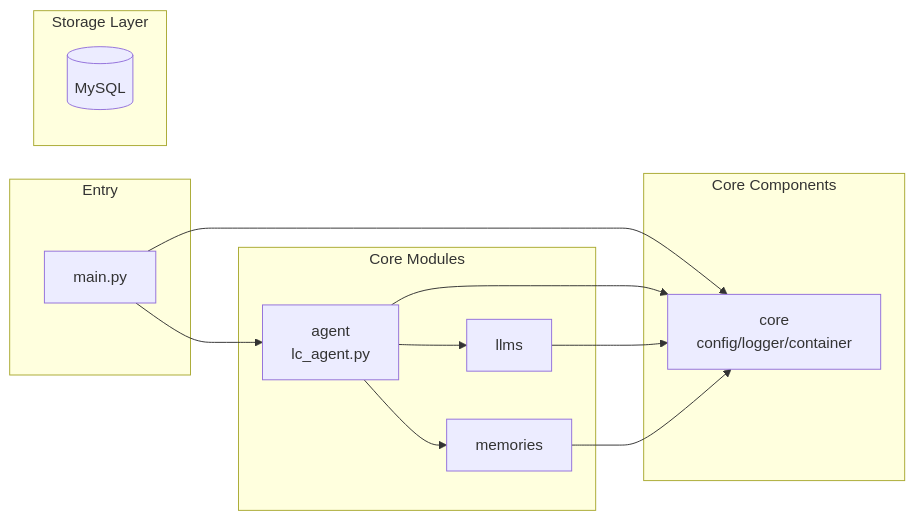
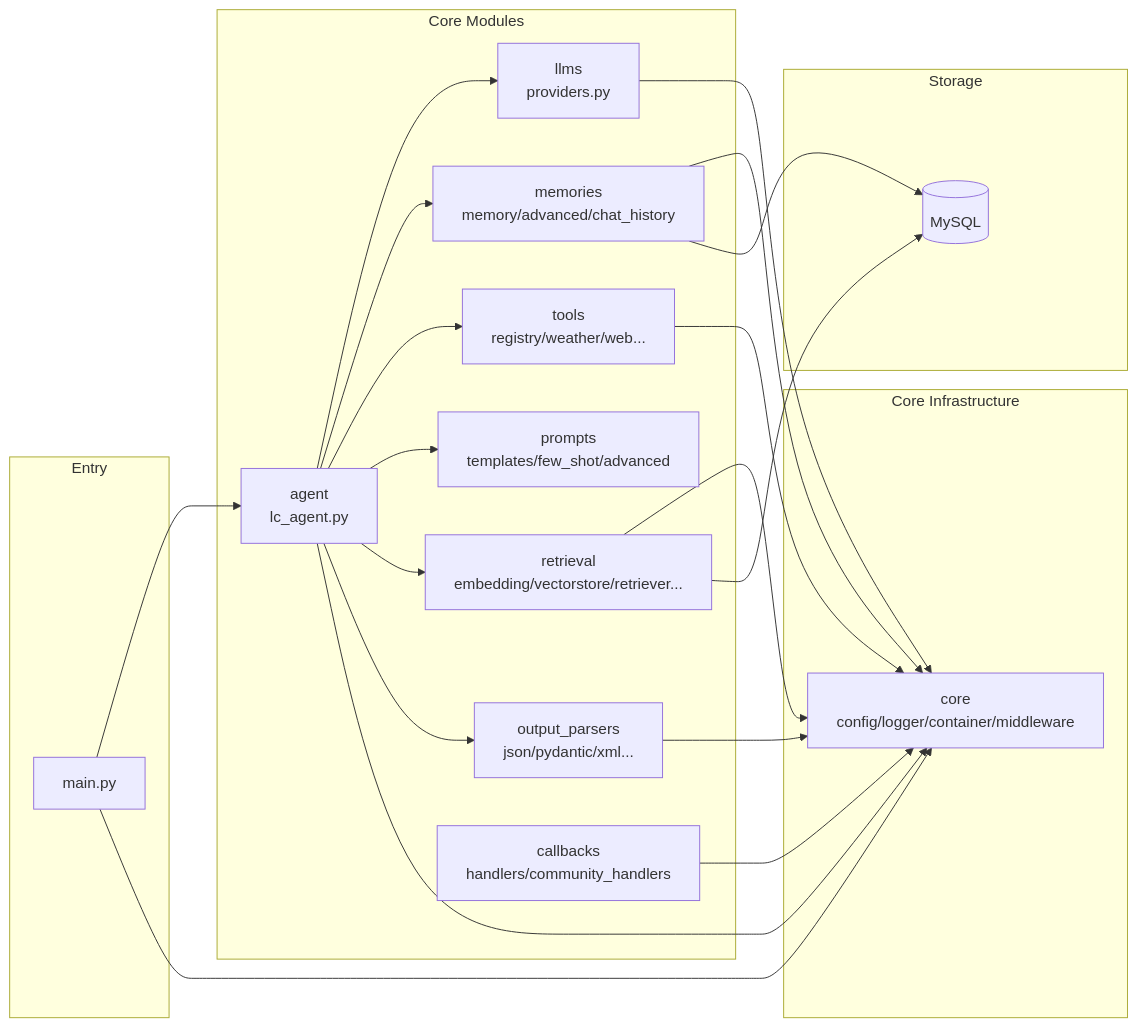
One commit to chain-engine/x-langchain changed the third of 3 diagrams in README.en.md. Above: the diagram before and after it, drawn with Mermaid. The commit also changed other lines of this file and 12 other files, not shown here.

Commit message:
feat: add advanced memory and community handlers

````diff
--- a/README.en.md
+++ b/README.en.md
@@ -305,28 +295,34 @@
 ```mermaid
 graph LR
     subgraph Entry
         M[main.py]
     end
 
-    subgraph Core Components
-        CC[core<br/>config/logger/container]
+    subgraph Core Infrastructure
+        CC[core<br/>config/logger/container/middleware]
     end
 
     subgraph Core Modules
         AG[agent<br/>lc_agent.py]
-        LL[llms]
-        MM[memories]
+        LL[llms<br/>providers.py]
+        MM[memories<br/>memory/advanced/chat_history]
+        TL[tools<br/>registry/weather/web...]
+        PR[prompts<br/>templates/few_shot/advanced]
+        RT[retrieval<br/>embedding/vectorstore/retriever...]
+        OP[output_parsers<br/>json/pydantic/xml...]
+        CB[callbacks<br/>handlers/community_handlers]
     end
 
-    subgraph Storage Layer
+    subgraph Storage
         DB[(MySQL)]
     end
 
-    M --> AG
-    M --> CC
-    AG --> LL
-    AG --> MM
-    AG --> CC
+    M --> AG & CC
+    AG --> LL & MM & TL & PR & RT & OP & CC
     LL --> CC
-    MM --> CC
+    MM --> CC & DB
+    TL --> CC
+    RT --> CC & DB
+    OP --> CC
+    CB --> CC
 ```
````
